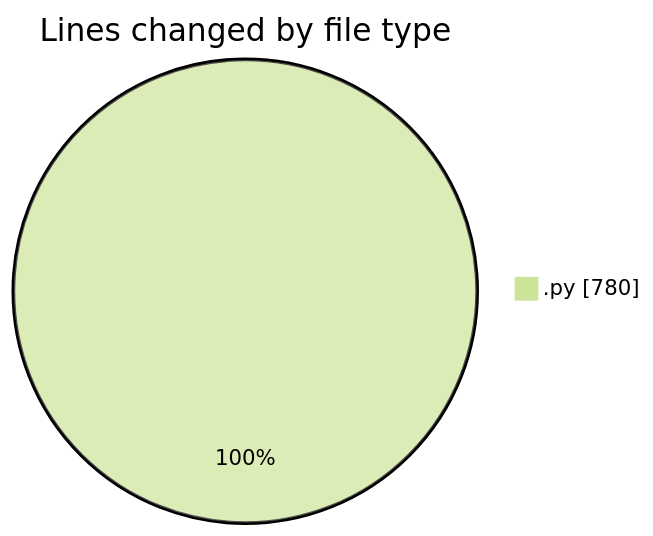
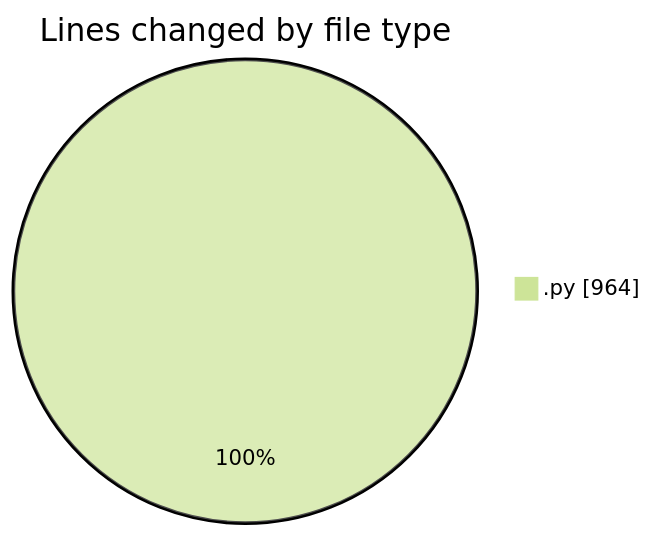
Before and after one commit to FelipKnott/code-tracking: the first of 2 diagrams in 2025-07-02/cursor/README.md, drawn with Mermaid (forest theme). The commit also changed other lines of this file and 1 other file, not shown here.

````diff
--- a/2025-07-02/cursor/README.md
+++ b/2025-07-02/cursor/README.md
@@ -22,5 +23,5 @@
 ```mermaid
 pie showData
 title Lines changed by file type
-".py" : 780
+".py" : 964
 ```
````
